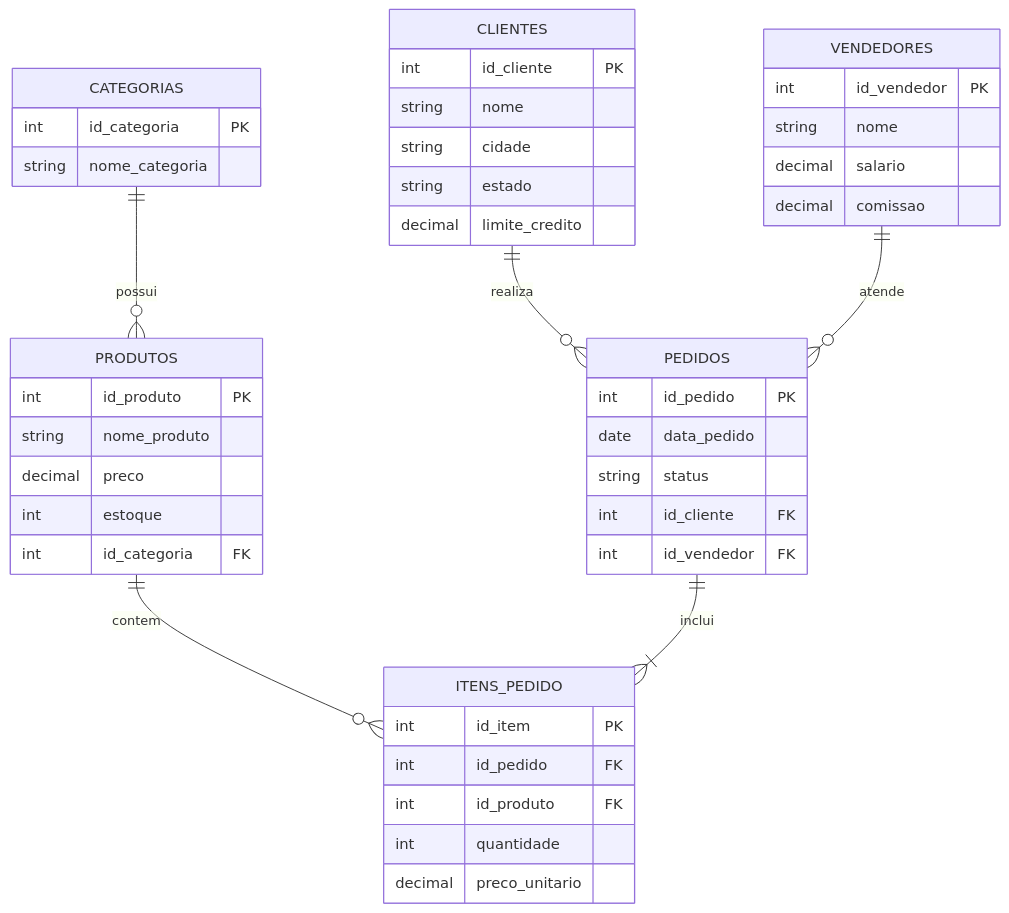
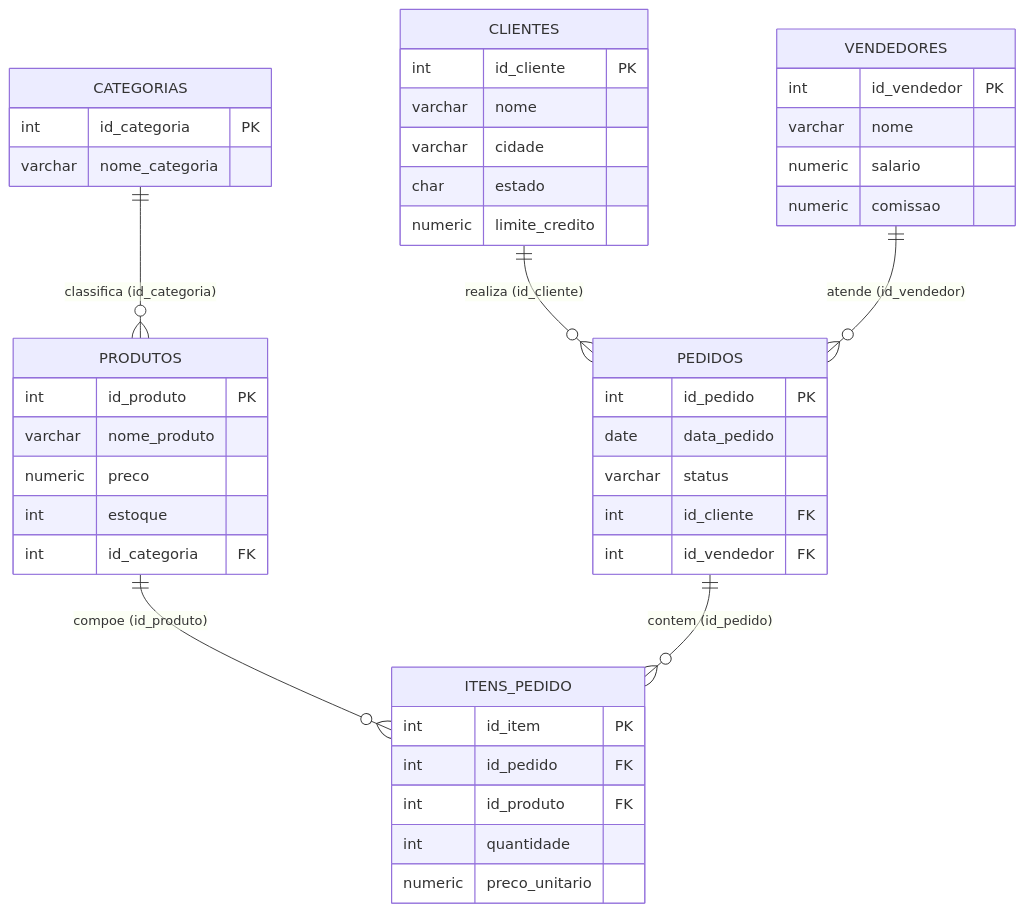
Before and after one commit to murilolol/unifef: the third of 5 diagrams in 4º Semestre/[Prof. Welington Garcia] Tópicos Avançados em Banco de Dados/Trabalhos/Exercicios SubSelects - parte 01/detalhes.md, drawn with Mermaid. The commit also changed other lines of this file and 429 other files, not shown here.

````diff
--- a/4º Semestre/[Prof. Welington Garcia] Tópicos Avançados em Banco de Dados/Trabalhos/Exercicios SubSelects - parte 01/detalhes.md
+++ b/4º Semestre/[Prof. Welington Garcia] Tópicos Avançados em Banco de Dados/Trabalhos/Exercicios SubSelects - parte 01/detalhes.md
@@ -325,52 +415,52 @@
 ```mermaid
 erDiagram
-    CATEGORIAS ||--o{ PRODUTOS : possui
-    PRODUTOS ||--o{ ITENS_PEDIDO : contem
-    PEDIDOS ||--|{ ITENS_PEDIDO : inclui
-    CLIENTES ||--o{ PEDIDOS : realiza
-    VENDEDORES ||--o{ PEDIDOS : atende
+    CLIENTES ||--o{ PEDIDOS : "realiza (id_cliente)"
+    VENDEDORES ||--o{ PEDIDOS : "atende (id_vendedor)"
+    CATEGORIAS ||--o{ PRODUTOS : "classifica (id_categoria)"
+    PRODUTOS ||--o{ ITENS_PEDIDO : "compoe (id_produto)"
+    PEDIDOS ||--o{ ITENS_PEDIDO : "contem (id_pedido)"
 
     CLIENTES {
         int id_cliente PK
-        string nome
-        string cidade
-        string estado
-        decimal limite_credito
+        varchar nome
+        varchar cidade
+        char estado
+        numeric limite_credito
     }
 
     VENDEDORES {
         int id_vendedor PK
-        string nome
-        decimal salario
-        decimal comissao
+        varchar nome
+        numeric salario
+        numeric comissao
     }
 
     CATEGORIAS {
         int id_categoria PK
-        string nome_categoria
+        varchar nome_categoria
     }
 
     PRODUTOS {
         int id_produto PK
-        string nome_produto
-        decimal preco
+        varchar nome_produto
+        numeric preco
         int estoque
         int id_categoria FK
     }
 
     PEDIDOS {
         int id_pedido PK
         date data_pedido
-        string status
+        varchar status
         int id_cliente FK
         int id_vendedor FK
     }
 
     ITENS_PEDIDO {
         int id_item PK
         int id_pedido FK
         int id_produto FK
         int quantidade
-        decimal preco_unitario
+        numeric preco_unitario
     }
 ```
````
